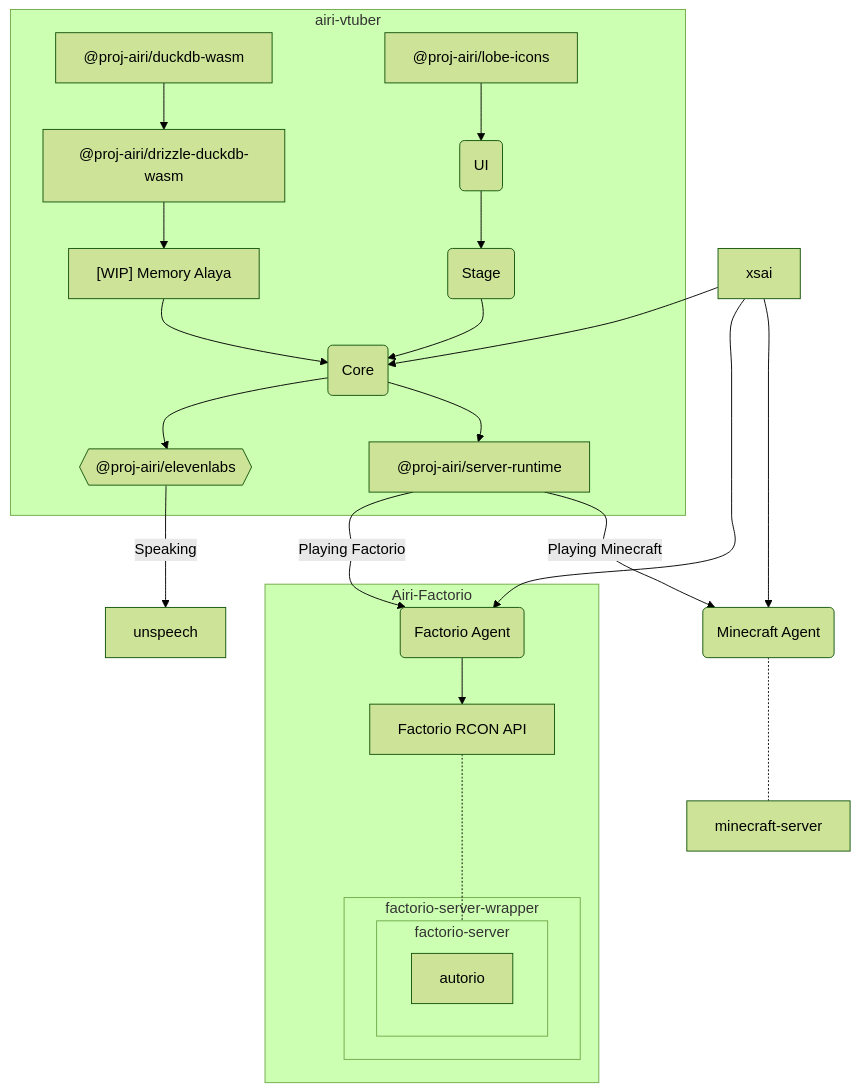
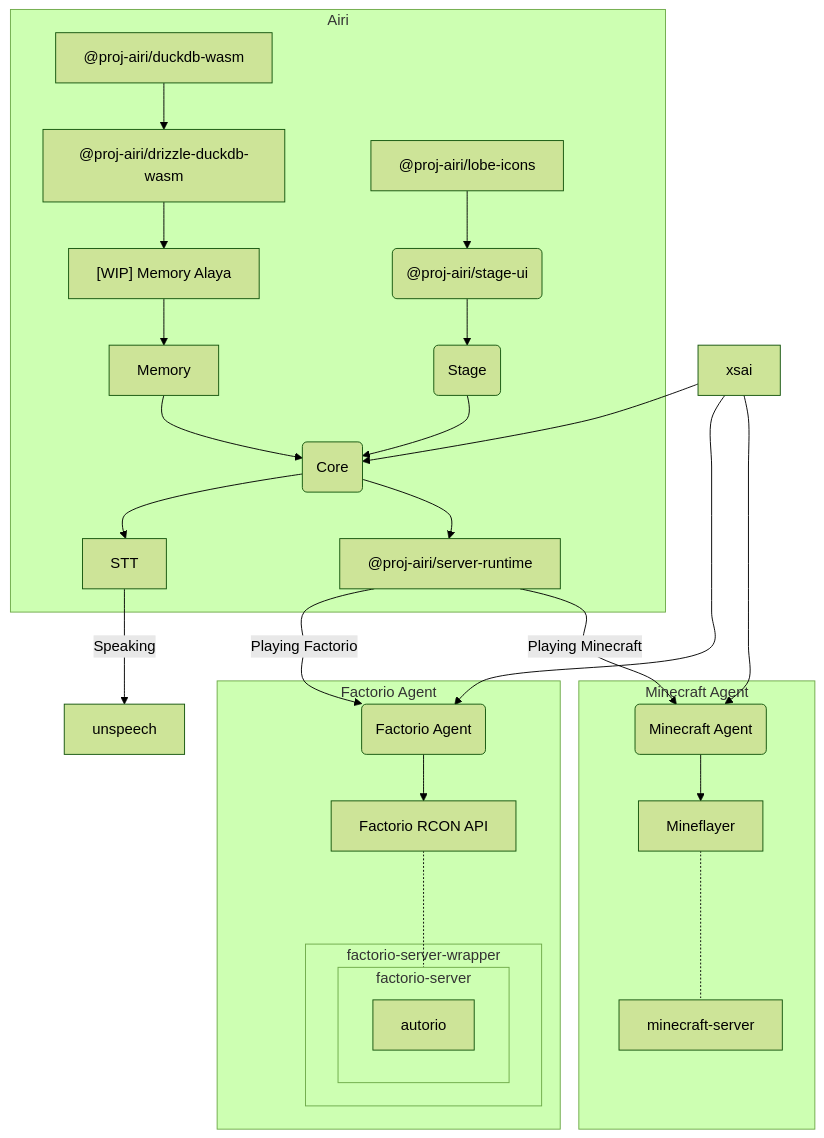
Before and after one commit to zennomi/airi: the first of 2 diagrams in README.md, drawn with Mermaid (forest theme). The commit also changed other lines of this file and 1 other file, not shown here.

Commit message:
docs(README.md): updated chart

````diff
--- a/README.md
+++ b/README.md
@@ -67,47 +67,52 @@
 ```mermaid
-
 %%{ init: { 'flowchart': { 'curve': 'catmullRom' } } }%%
 
 flowchart TD
-
-  CORE("Core")
-  UNSPEECH["unspeech"]
-  DB1["@proj-airi/drizzle-duckdb-wasm"]
-  DB2["[WIP] Memory Alaya"]
-  DB0["@proj-airi/duckdb-wasm"]
+  Core("Core")
+  Unspeech["unspeech"]
+  DBDriver["@proj-airi/drizzle-duckdb-wasm"]
+  MemoryDriver["[WIP] Memory Alaya"]
+  DB1["@proj-airi/duckdb-wasm"]
   ICONS["@proj-airi/lobe-icons"]
-  UI("UI")
+  UI("@proj-airi/stage-ui")
   Stage("Stage")
-  ELEVENLABS{{"@proj-airi/elevenlabs"}}
   F_AGENT("Factorio Agent")
   F_API["Factorio RCON API"]
   F_MOD1["autorio"]
   SVRT["@proj-airi/server-runtime"]
   MC_AGENT("Minecraft Agent")
   XSAI["xsai"]
 
-  subgraph airi-vtuber
-    DB0 --> DB1 --> DB2 --> CORE
-    ICONS --> UI --> Stage --> CORE
-    CORE --> ELEVENLABS
-    CORE --> SVRT
+  subgraph Airi
+    DB1 --> DBDriver --> MemoryDriver --> Memory --> Core
+    ICONS --> UI --> Stage --> Core
+    Core --> STT
+    Core --> SVRT
   end
-  ELEVENLABS --> |Speaking|UNSPEECH
+
+  STT --> |Speaking|Unspeech
   SVRT --> |Playing Factorio|F_AGENT
+  SVRT --> |Playing Minecraft|MC_AGENT
 
-  subgraph Airi-Factorio
+  subgraph Factorio Agent
     F_AGENT --> F_API -..- factorio-server
     subgraph factorio-server-wrapper
       subgraph factorio-server
         F_MOD1
       end
     end
   end
 
-  SVRT --> |Playing Minecraft|MC_AGENT -..- minecraft-server
+  subgraph Minecraft Agent
+    MC_AGENT --> Mineflayer -..- minecraft-server
+    subgraph factorio-server-wrapper
+      subgraph factorio-server
+        F_MOD1
+      end
+    end
+  end
 
-  XSAI --> CORE
+  XSAI --> Core
   XSAI --> F_AGENT
   XSAI --> MC_AGENT
-
 ```
````
